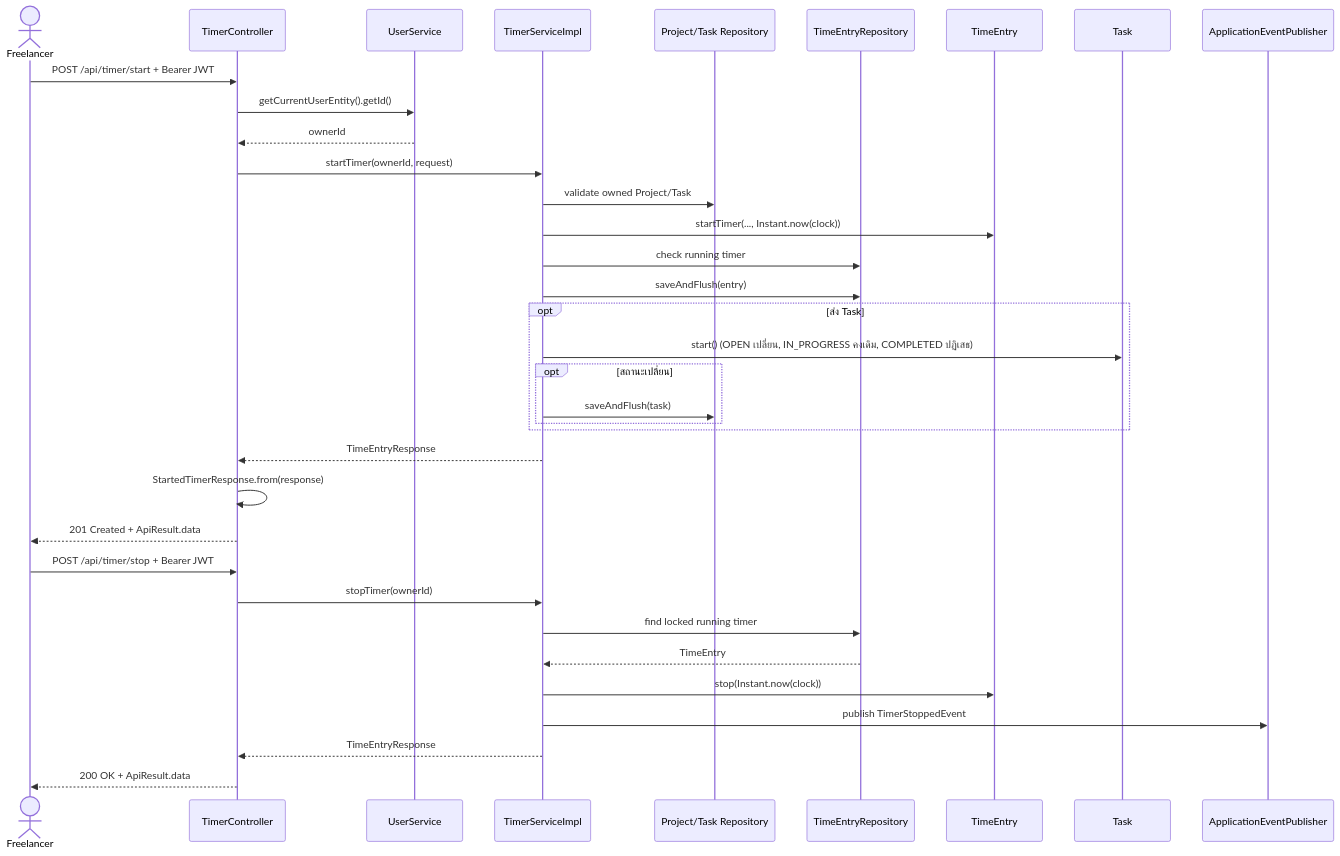
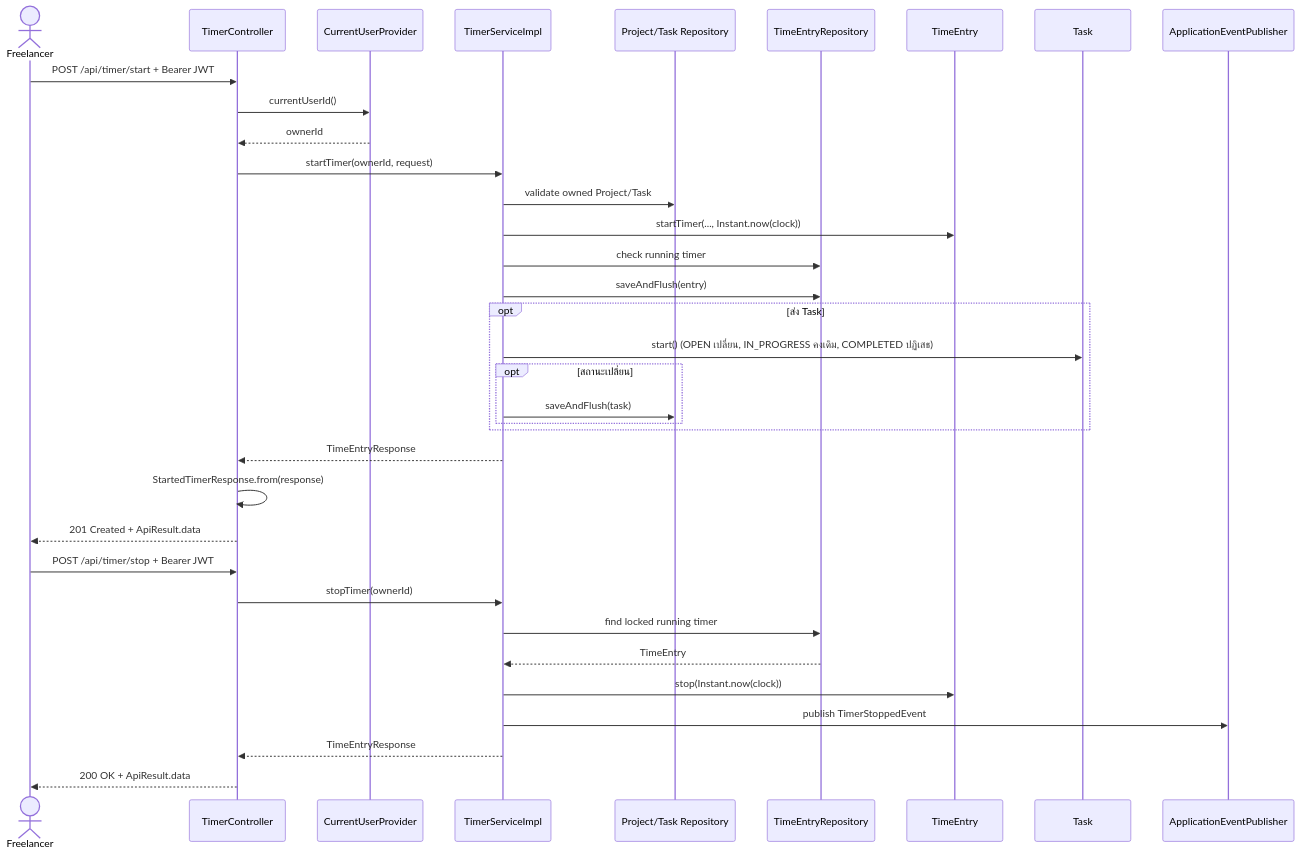
The diagram in doc/V1/USECASE/kompat-usecase.md (lillianxhub/freelance-hub), drawn with Mermaid before and after one commit. The commit also changed 2 other files, not shown here.

Commit message:
doc: update time tracking documentation

````diff
--- a/doc/V1/USECASE/kompat-usecase.md
+++ b/doc/V1/USECASE/kompat-usecase.md
@@ -156,39 +156,39 @@
 ```mermaid
 sequenceDiagram
     actor F as Freelancer
     participant C as TimerController
-    participant U as UserService
+    participant U as CurrentUserProvider
     participant S as TimerServiceImpl
     participant P as Project/Task Repository
     participant R as TimeEntryRepository
     participant E as TimeEntry
     participant T as Task
     participant B as ApplicationEventPublisher
 
     F->>C: POST /api/timer/start + Bearer JWT
-    C->>U: getCurrentUserEntity().getId()
+    C->>U: currentUserId()
     U-->>C: ownerId
     C->>S: startTimer(ownerId, request)
     S->>P: validate owned Project/Task
     S->>E: startTimer(..., Instant.now(clock))
     S->>R: check running timer
     S->>R: saveAndFlush(entry)
     opt ส่ง Task
         S->>T: start() (OPEN เปลี่ยน, IN_PROGRESS คงเดิม, COMPLETED ปฏิเสธ)
         opt สถานะเปลี่ยน
             S->>P: saveAndFlush(task)
         end
     end
     S-->>C: TimeEntryResponse
     C->>C: StartedTimerResponse.from(response)
     C-->>F: 201 Created + ApiResult.data
 
     F->>C: POST /api/timer/stop + Bearer JWT
     C->>S: stopTimer(ownerId)
     S->>R: find locked running timer
     R-->>S: TimeEntry
     S->>E: stop(Instant.now(clock))
     S->>B: publish TimerStoppedEvent
     S-->>C: TimeEntryResponse
     C-->>F: 200 OK + ApiResult.data
 ```
````
